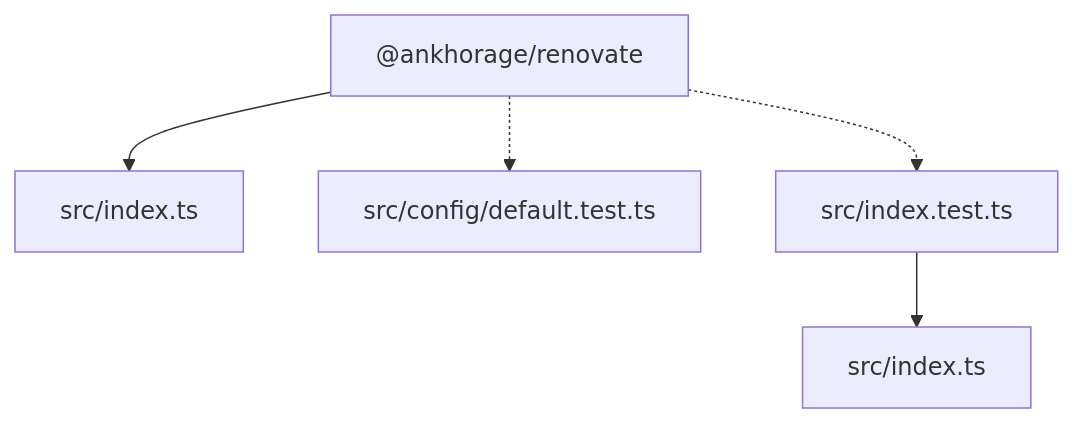
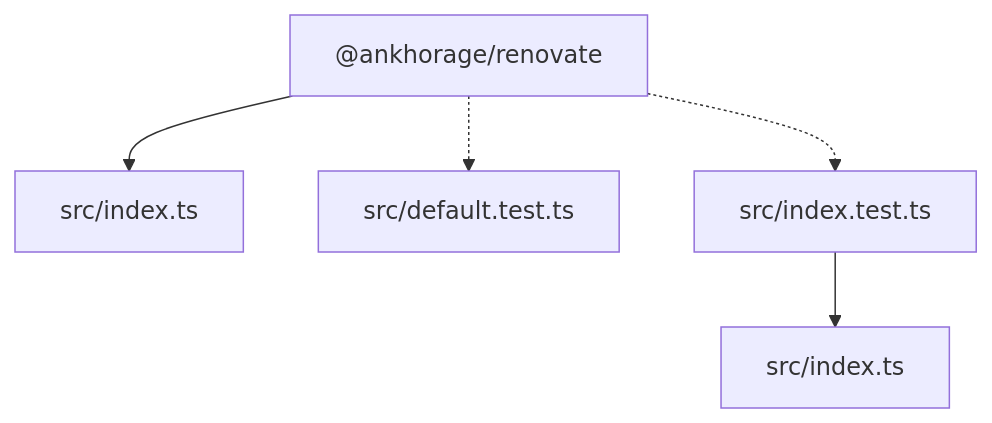
One commit to ankhorage/renovate changed the diagram in paradox/diagrams/architecture-overview.mmd. Above: the diagram before and after it, drawn with Mermaid. The commit also changed 5 other files, not shown here.

Commit message:
refactor: colocate default preset test

```diff
--- a/paradox/diagrams/architecture-overview.mmd
+++ b/paradox/diagrams/architecture-overview.mmd
@@ -1,10 +1,10 @@
 graph TD
   package__ankhorage_renovate["@ankhorage/renovate"]
   entrypoint_src_index_ts["src/index.ts"]
   package__ankhorage_renovate --> entrypoint_src_index_ts
-  module_src_config_default_test_ts["src/config/default.test.ts"]
-  package__ankhorage_renovate -.-> module_src_config_default_test_ts
+  module_src_default_test_ts["src/default.test.ts"]
+  package__ankhorage_renovate -.-> module_src_default_test_ts
   module_src_index_test_ts["src/index.test.ts"]
   package__ankhorage_renovate -.-> module_src_index_test_ts
   module_src_index_test_ts --> module_src_index_ts
   module_src_index_ts["src/index.ts"]
```
